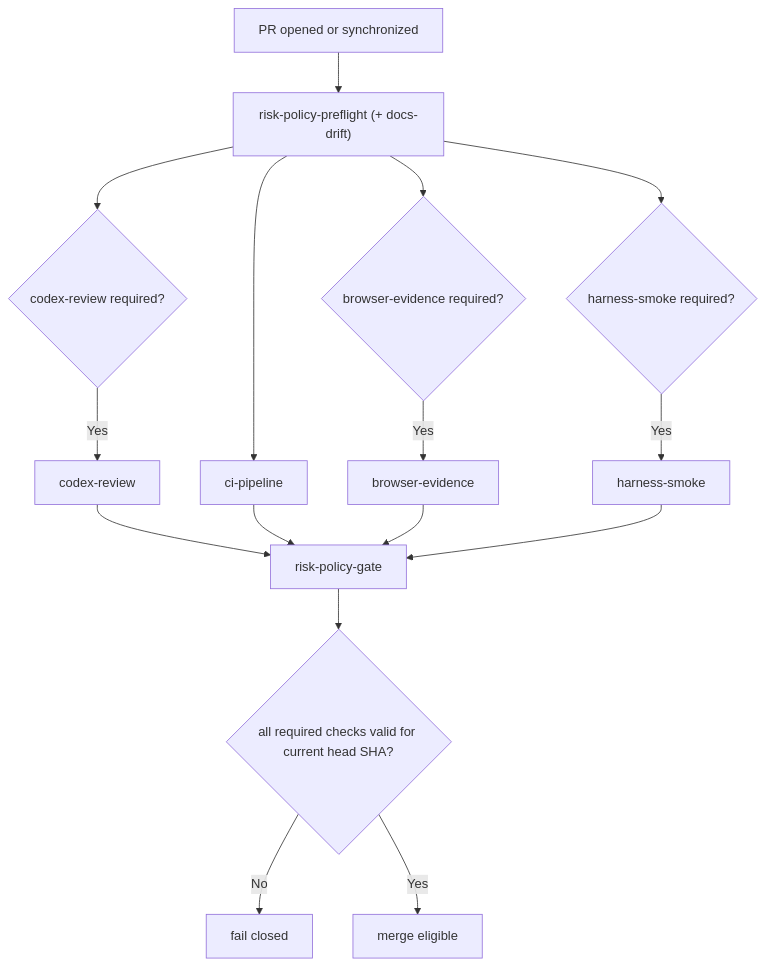
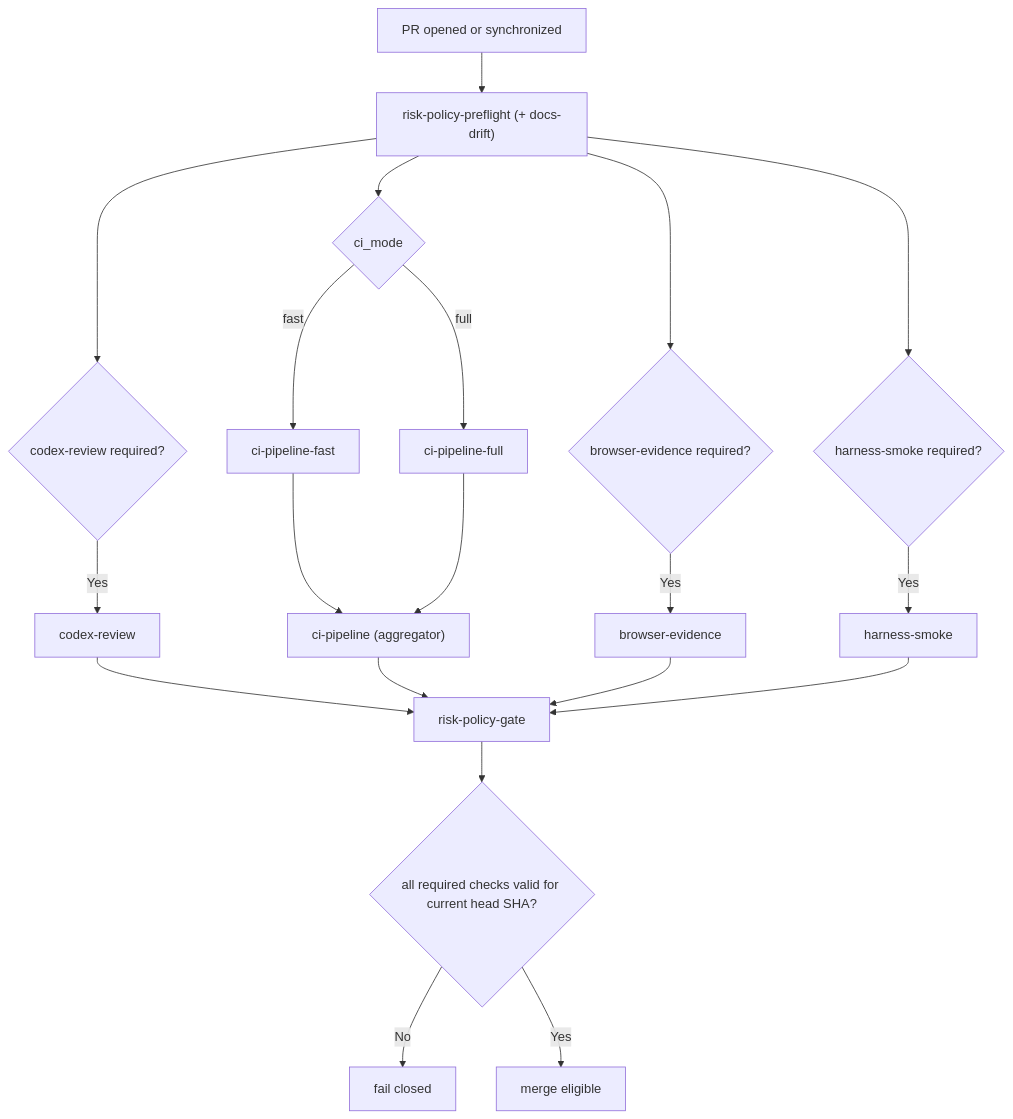
One commit to glcsolutions-ca/compass changed the diagram in docs/merge-policy.md. Above: the diagram before and after it, drawn with Mermaid. The commit also changed other lines of this file and 7 other files, not shown here.

Commit message:
ci: split fast/full lanes and simplify gate wiring

````diff
--- a/docs/merge-policy.md
+++ b/docs/merge-policy.md
@@ -107,18 +114,22 @@
 ```mermaid
 flowchart TD
   A["PR opened or synchronized"] --> B["risk-policy-preflight (+ docs-drift)"]
   B --> D{"codex-review required?"}
   D -- Yes --> DR["codex-review"]
-  B --> E["ci-pipeline"]
+  B --> E{"ci_mode"}
+  E -- fast --> EF["ci-pipeline-fast"]
+  E -- full --> EL["ci-pipeline-full"]
+  EF --> EA["ci-pipeline (aggregator)"]
+  EL --> EA["ci-pipeline (aggregator)"]
   B --> F{"browser-evidence required?"}
   B --> G{"harness-smoke required?"}
   F -- Yes --> H["browser-evidence"]
   G -- Yes --> I["harness-smoke"]
   DR --> J["risk-policy-gate"]
-  E --> J["risk-policy-gate"]
+  EA --> J["risk-policy-gate"]
   H --> J
   I --> J
   J --> K{"all required checks valid for current head SHA?"}
   K -- No --> X["fail closed"]
   K -- Yes --> M["merge eligible"]
 ```
````
